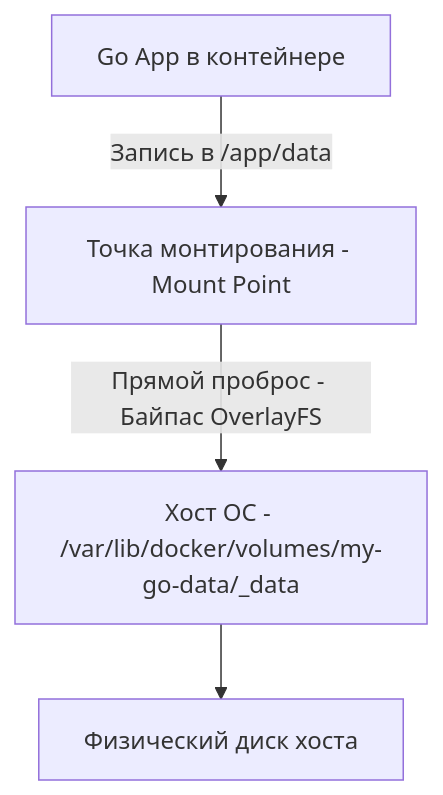
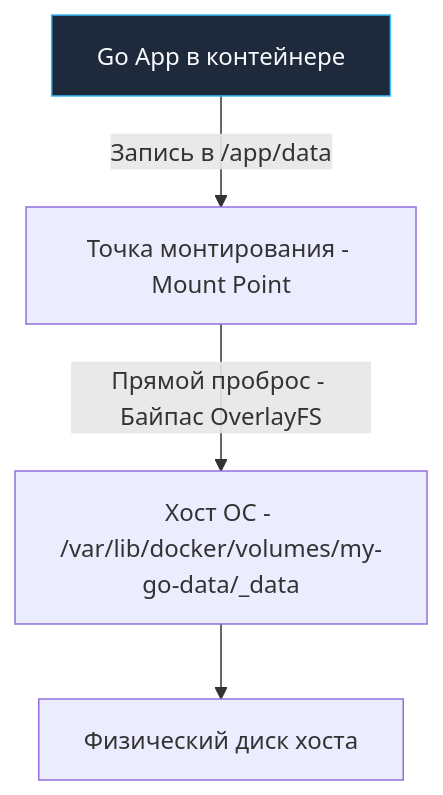
Before and after one commit to UnrealTemplier/go-textbook: the diagram in sources/19. Инфраструктура. Linux, nginx, Docker, Kubernetes/03. Docker/5. Volumes и хранение данных.md, drawn with Mermaid. The commit also changed 1666 other files, not shown here.

First line of the commit message:
feat(mermaid): add semantic color classDef to 1369 colorless flowchart/graph diagrams

````diff
--- a/sources/19. Инфраструктура. Linux, nginx, Docker, Kubernetes/03. Docker/5. Volumes и хранение данных.md
+++ b/sources/19. Инфраструктура. Linux, nginx, Docker, Kubernetes/03. Docker/5. Volumes и хранение данных.md
@@ -39,6 +39,16 @@
 ```mermaid
 flowchart TD
-    A["Go App в контейнере"] -->|"Запись в /app/data"| B["Точка монтирования - Mount Point"]
+    classDef process  fill:#1e293b,stroke:#38bdf8,stroke-width:1px,color:#f8fafc
+    classDef success  fill:#064e3b,stroke:#34d399,stroke-width:1px,color:#f8fafc
+    classDef error    fill:#7f1d1d,stroke:#f87171,stroke-width:1px,color:#f8fafc
+    classDef warning  fill:#78350f,stroke:#fbbf24,stroke-width:1px,color:#f8fafc
+    classDef entry    fill:#1e3a5f,stroke:#38bdf8,stroke-width:2px,color:#f8fafc
+    classDef aux      fill:#334155,stroke:#64748b,stroke-width:1px,color:#f8fafc
+    classDef system   fill:#312e81,stroke:#a78bfa,stroke-width:1px,color:#f8fafc
+    classDef data     fill:#132d29,stroke:#2dd4bf,stroke-width:1px,color:#f8fafc
+    classDef network  fill:#881337,stroke:#fb7185,stroke-width:1px,color:#f8fafc
+    classDef accent   fill:#1e1b4b,stroke:#818cf8,stroke-width:1px,color:#f8fafc
+    A["Go App в контейнере"]:::process -->|"Запись в /app/data"| B["Точка монтирования - Mount Point"]
     B -->|"Прямой проброс - Байпас OverlayFS"| C["Хост ОС - /var/lib/docker/volumes/my-go-data/_data"]
     C --> D["Физический диск хоста"]
 ```
````
